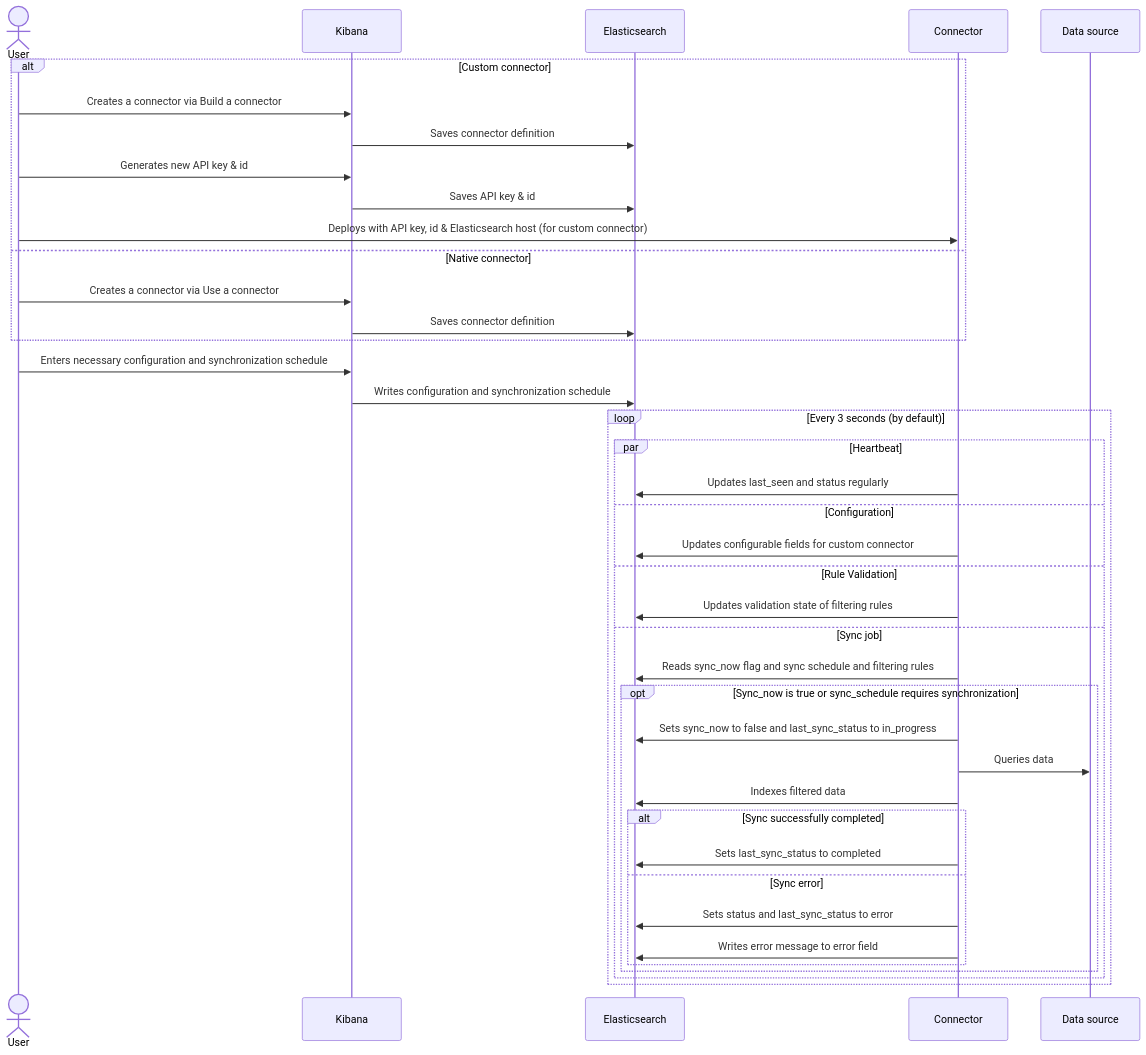
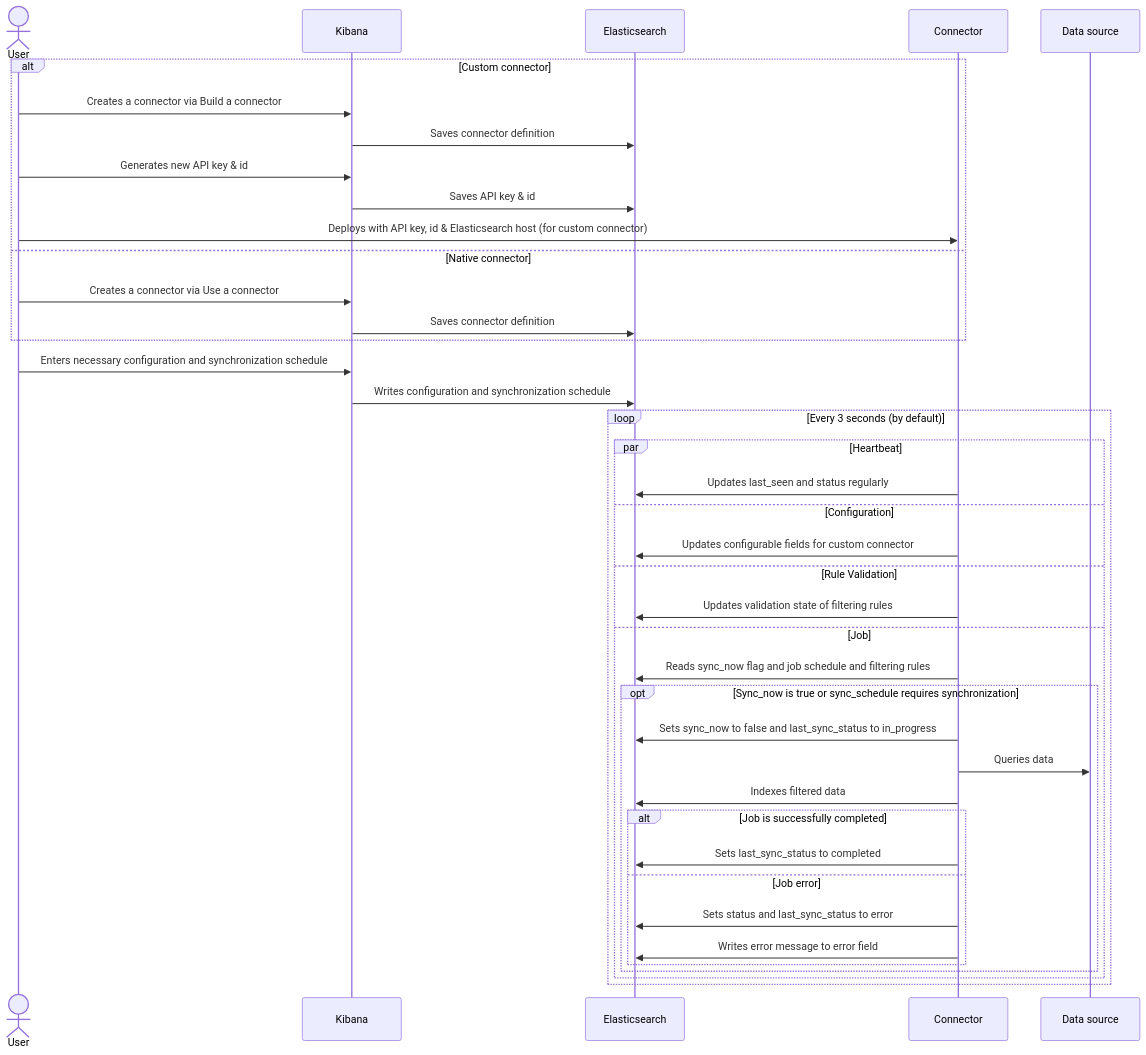
One commit to elastic/connectors-ruby changed the diagram in docs/CONNECTOR_PROTOCOL.md. Above: the diagram before and after it, drawn with Mermaid. The commit also changed other lines of this file, not shown here.

Commit message:
Update job status in connector protocol

````diff
--- a/docs/CONNECTOR_PROTOCOL.md
+++ b/docs/CONNECTOR_PROTOCOL.md
@@ -339,42 +343,42 @@
 ```mermaid
 sequenceDiagram
     actor User
     participant Kibana
     participant Elasticsearch
     participant Connector
     participant Data source
     alt Custom connector
         User->>Kibana: Creates a connector via Build a connector
         Kibana->>Elasticsearch: Saves connector definition
         User->>Kibana: Generates new API key & id
         Kibana->>Elasticsearch: Saves API key & id
         User->>Connector: Deploys with API key, id & Elasticsearch host (for custom connector)
     else Native connector
         User->>Kibana: Creates a connector via Use a connector
         Kibana->>Elasticsearch: Saves connector definition
     end
     User->>Kibana: Enters necessary configuration and synchronization schedule
     Kibana->>Elasticsearch: Writes configuration and synchronization schedule
     loop Every 3 seconds (by default)
         par Heartbeat
             Connector->>Elasticsearch: Updates last_seen and status regularly
         and Configuration
             Connector->>Elasticsearch: Updates configurable fields for custom connector
         and Rule Validation
             Connector->>Elasticsearch: Updates validation state of filtering rules
-        and Sync job
-            Connector->>Elasticsearch: Reads sync_now flag and sync schedule and filtering rules
+        and Job
+            Connector->>Elasticsearch: Reads sync_now flag and job schedule and filtering rules
             opt Sync_now is true or sync_schedule requires synchronization
                 Connector->>Elasticsearch: Sets sync_now to false and last_sync_status to in_progress
                 Connector->>Data source: Queries data
                 Connector->>Elasticsearch: Indexes filtered data
-                alt Sync successfully completed
+                alt Job is successfully completed
                     Connector->>Elasticsearch: Sets last_sync_status to completed
-                else Sync error
+                else Job error
                     Connector->>Elasticsearch: Sets status and last_sync_status to error
                     Connector->>Elasticsearch: Writes error message to error field
                 end
             end
         end
     end
 ```
````
